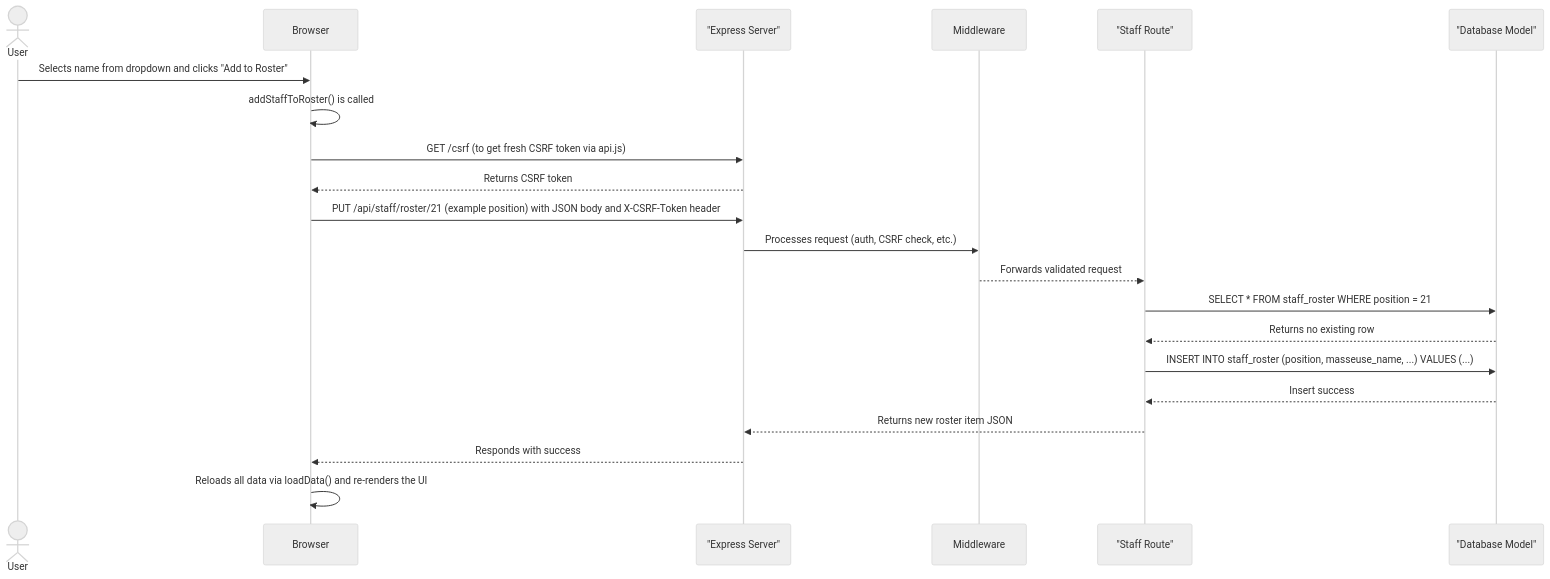
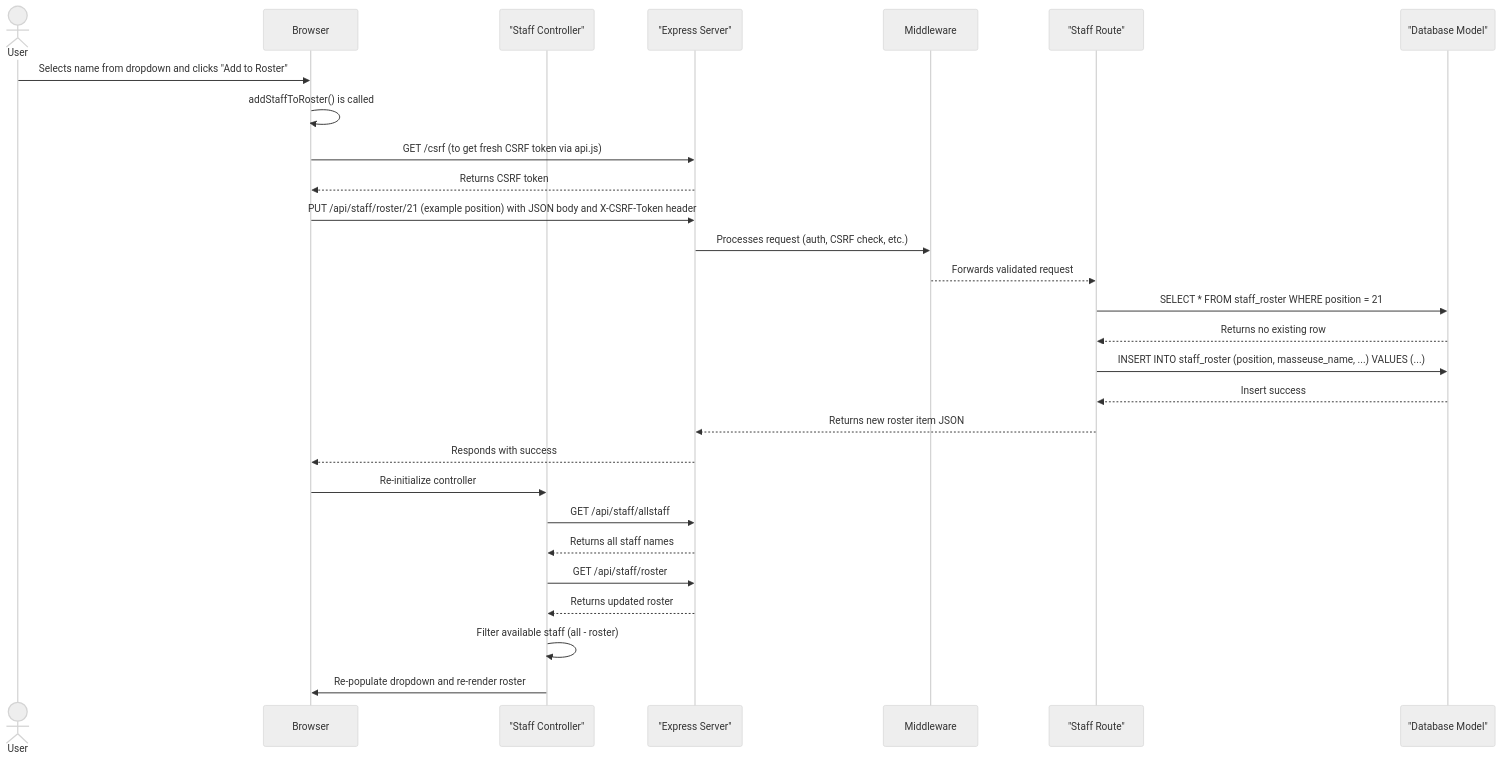
Before and after one commit to minipanther555/massage-shop-accounting: the fifth of 5 diagrams in 00-project-docs/new-docs/REPOSITORY_CONTEXT.md, drawn with Mermaid (neutral theme). The commit also changed other lines of this file, not shown here.

First line of the commit message:
feat: checkpoint working staff roster state as testing3005

````diff
--- a/00-project-docs/new-docs/REPOSITORY_CONTEXT.md
+++ b/00-project-docs/new-docs/REPOSITORY_CONTEXT.md
@@ -345,24 +367,31 @@
 ```mermaid
 sequenceDiagram
     actor User
     participant Browser
+    participant Controller as "Staff Controller"
     participant Express as "Express Server"
     participant Middleware
     participant staff.js as "Staff Route"
     participant database.js as "Database Model"
 
     User->>Browser: Selects name from dropdown and clicks "Add to Roster"
     Browser->>Browser: addStaffToRoster() is called
     Browser->>Express: GET /csrf (to get fresh CSRF token via api.js)
     Express-->>Browser: Returns CSRF token
     Browser->>Express: PUT /api/staff/roster/21 (example position) with JSON body and X-CSRF-Token header
     Express->>Middleware: Processes request (auth, CSRF check, etc.)
     Middleware-->>staff.js: Forwards validated request
     staff.js->>database.js: SELECT * FROM staff_roster WHERE position = 21
     database.js-->>staff.js: Returns no existing row
     staff.js->>database.js: INSERT INTO staff_roster (position, masseuse_name, ...) VALUES (...)
     database.js-->>staff.js: Insert success
     staff.js-->>Express: Returns new roster item JSON
     Express-->>Browser: Responds with success
-    Browser->>Browser: Reloads all data via loadData() and re-renders the UI
+    Browser->>Controller: Re-initialize controller
+    Controller->>Express: GET /api/staff/allstaff
+    Express-->>Controller: Returns all staff names
+    Controller->>Express: GET /api/staff/roster
+    Express-->>Controller: Returns updated roster
+    Controller->>Controller: Filter available staff (all - roster)
+    Controller->>Browser: Re-populate dropdown and re-render roster
 ```
````
